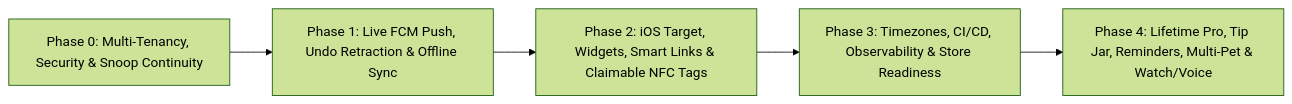
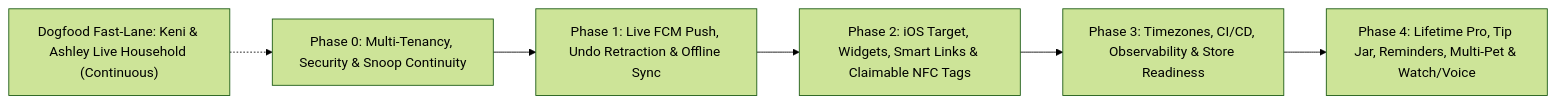
The diagram in docs/PRODUCTIZATION_GAPS_AND_ROADMAP.md (Who-Fed-Snoop/who-fed-snoop), drawn with Mermaid (forest theme) before and after one commit. The commit also changed other lines of this file and 4 other files, not shown here.

````diff
--- a/docs/PRODUCTIZATION_GAPS_AND_ROADMAP.md
+++ b/docs/PRODUCTIZATION_GAPS_AND_ROADMAP.md
@@ -96,10 +98,12 @@
 ```mermaid
 flowchart LR
+    DF["Dogfood Fast-Lane: Keni & Ashley Live Household (Continuous)"]
     P0["Phase 0: Multi-Tenancy, Security & Snoop Continuity"]
     P1["Phase 1: Live FCM Push, Undo Retraction & Offline Sync"]
     P2["Phase 2: iOS Target, Widgets, Smart Links & Claimable NFC Tags"]
     P3["Phase 3: Timezones, CI/CD, Observability & Store Readiness"]
     P4["Phase 4: Lifetime Pro, Tip Jar, Reminders, Multi-Pet & Watch/Voice"]
 
+    DF -.-> P0
     P0 --> P1 --> P2 --> P3 --> P4
 ```
````
